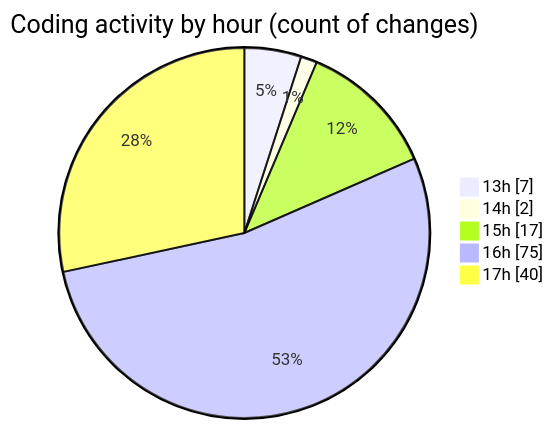
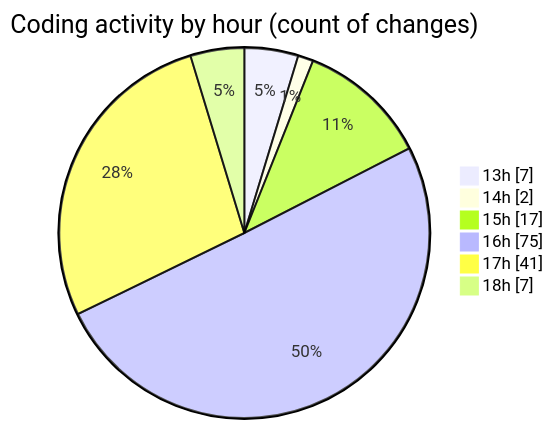
The second of 2 diagrams in 2025-02-24/micros/README.md (charlie-sans/code-tracking), drawn with Mermaid before and after one commit. The commit also changed other lines of this file and 1 other file, not shown here.

````diff
--- a/2025-02-24/micros/README.md
+++ b/2025-02-24/micros/README.md
@@ -48,9 +48,10 @@
 ```mermaid
 pie showData
 title Coding activity by hour (count of changes)
 "13h" : 7
 "14h" : 2
 "15h" : 17
 "16h" : 75
-"17h" : 40
+"17h" : 41
+"18h" : 7
 ```
````
